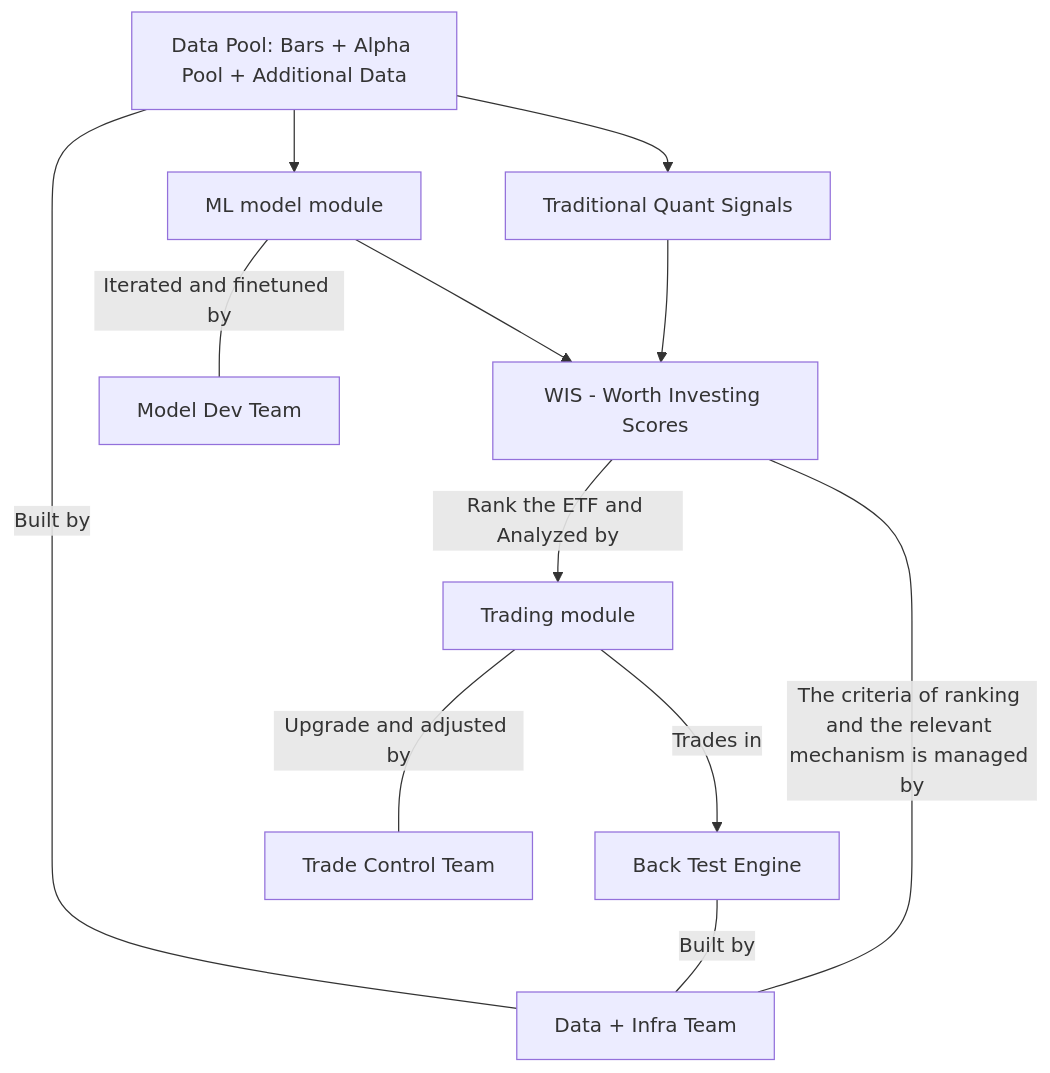
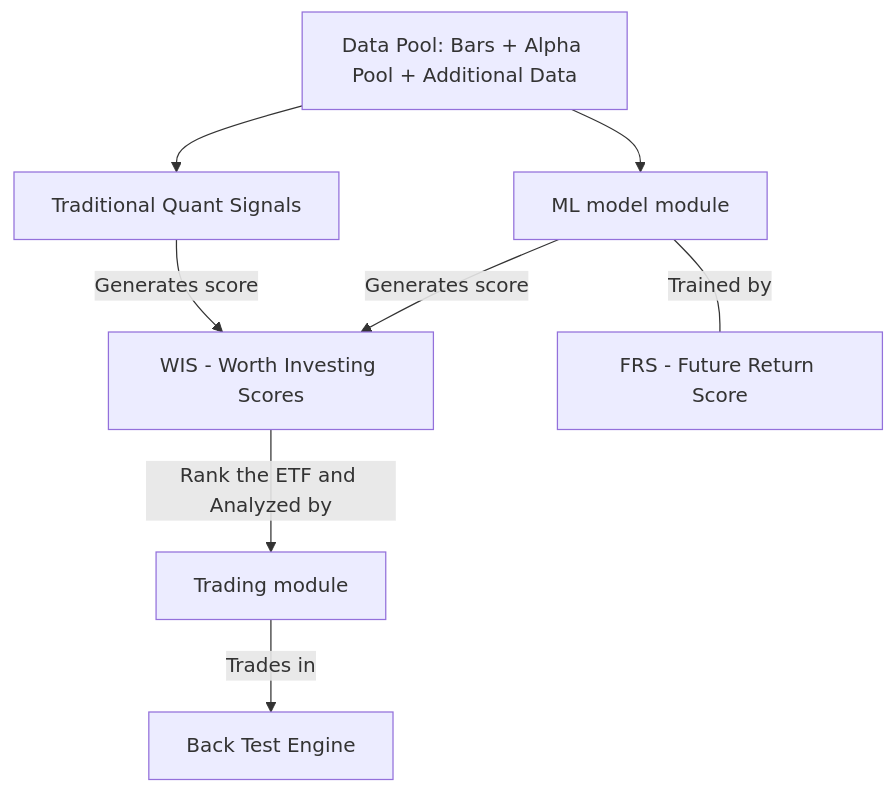
Before and after one commit to simonsparkwolf-del/ETF-QUANT-LAB: the first of 2 diagrams in research/20260426 _Simon_ML Infra/ML architecture.md, drawn with Mermaid.

Commit message:
Update ML architecture.md

````diff
--- a/research/20260426 _Simon_ML Infra/ML architecture.md
+++ b/research/20260426 _Simon_ML Infra/ML architecture.md
@@ -40,14 +40,10 @@
 ```mermaid
 flowchart TB
     A[Data Pool: Bars + Alpha Pool + Additional Data] --> B[ML model module]
-    B --> C[WIS - Worth Investing Scores]
+    B --> |Generates score| C[WIS - Worth Investing Scores]
+    B --- |Trained by| G[FRS - Future Return Score]
     A --> F[Traditional Quant Signals]
-    F --> C
+    F --> |Generates score| C
     C -->|Rank the ETF and Analyzed by| D[Trading module]
     D -->|Trades in| E[Back Test Engine]
-    A ---|Built by| Group1[Data + Infra Team]
-    E ---|Built by| Group1
-    B ---|Iterated and finetuned by| Group2[Model Dev Team]
-    C ---|The criteria of ranking and the relevant mechanism is managed by| Group1
-    D ---|Upgrade and adjusted by| Group3[Trade Control Team]
 ```
````
